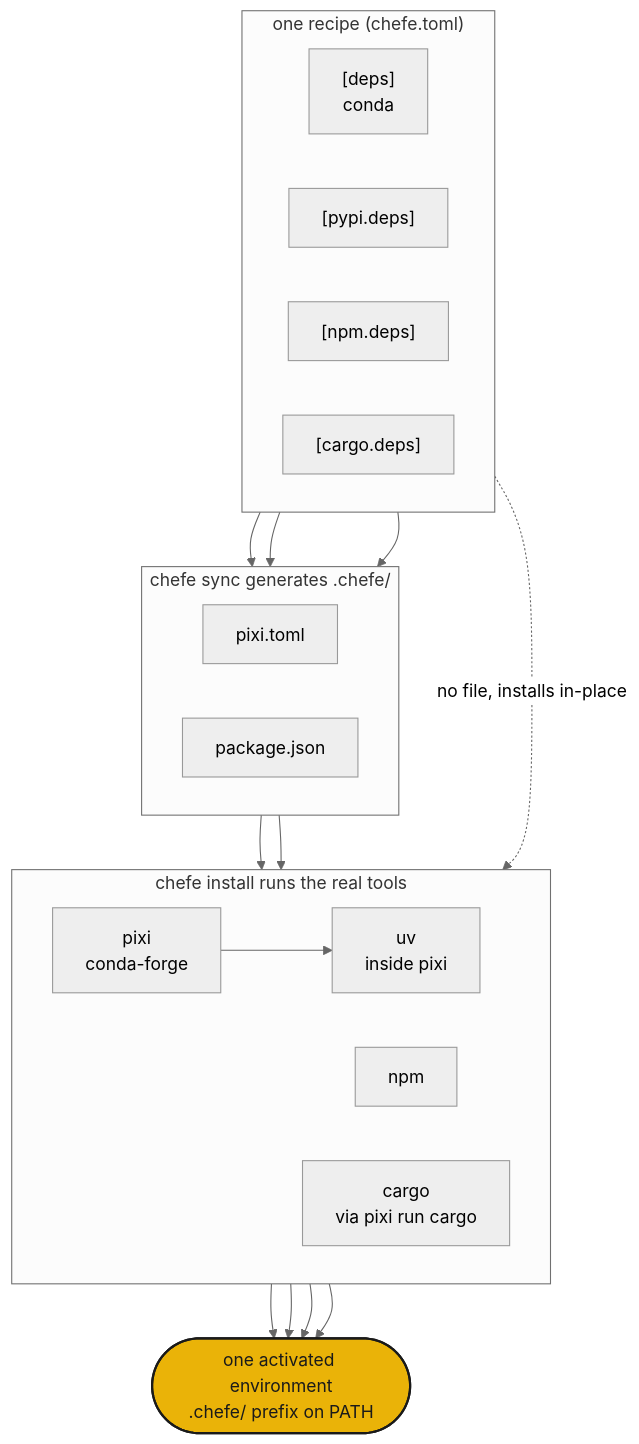
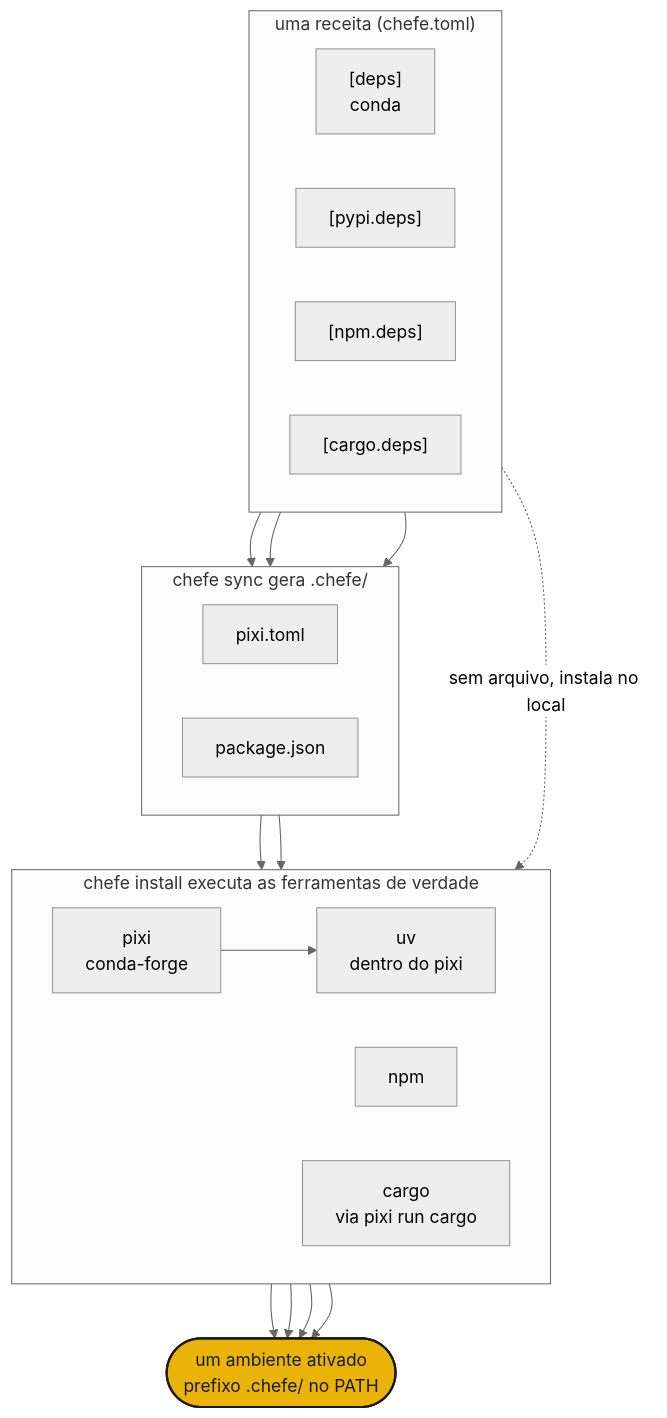
One commit to phvv-me/chefe changed the diagram in docs/index.pt-BR.md. Above: the diagram before and after it, drawn with Mermaid (neutral theme). The commit also changed 3 other files, not shown here.

First line of the commit message:
Translate the architecture diagram labels in each locale

````diff
--- a/docs/index.pt-BR.md
+++ b/docs/index.pt-BR.md
@@ -51,42 +51,42 @@
 ```mermaid
 flowchart TB
-    subgraph recipe["one recipe (chefe.toml)"]
+    subgraph recipe["uma receita (chefe.toml)"]
         direction LR
         D["[deps]<br/>conda"]
         PY["[pypi.deps]"]
         NP["[npm.deps]"]
         CG["[cargo.deps]"]
     end
 
-    subgraph compiled["chefe sync generates .chefe/"]
+    subgraph compiled["chefe sync gera .chefe/"]
         direction LR
         PT["pixi.toml"]
         PJ["package.json"]
     end
 
-    subgraph solve["chefe install runs the real tools"]
+    subgraph solve["chefe install executa as ferramentas de verdade"]
         direction LR
         PIXI["pixi<br/>conda-forge"]
-        UV["uv<br/>inside pixi"]
+        UV["uv<br/>dentro do pixi"]
         NPM["npm"]
         CARGO["cargo<br/>via pixi run cargo"]
     end
 
-    ENV(["one activated environment<br/>.chefe/ prefix on PATH"]):::brand
+    ENV(["um ambiente ativado<br/>prefixo .chefe/ no PATH"]):::brand
 
     D --> PT
     PY --> PT
     NP --> PJ
-    CG -. no file, installs in-place .-> CARGO
+    CG -. sem arquivo, instala no local .-> CARGO
 
     PT --> PIXI
     PIXI --> UV
     PJ --> NPM
 
     PIXI --> ENV
     UV --> ENV
     NPM --> ENV
     CARGO --> ENV
 
     classDef brand fill:#eab308,stroke:#1a1a1a,stroke-width:2px,color:#1a1a1a;
 ```
````
